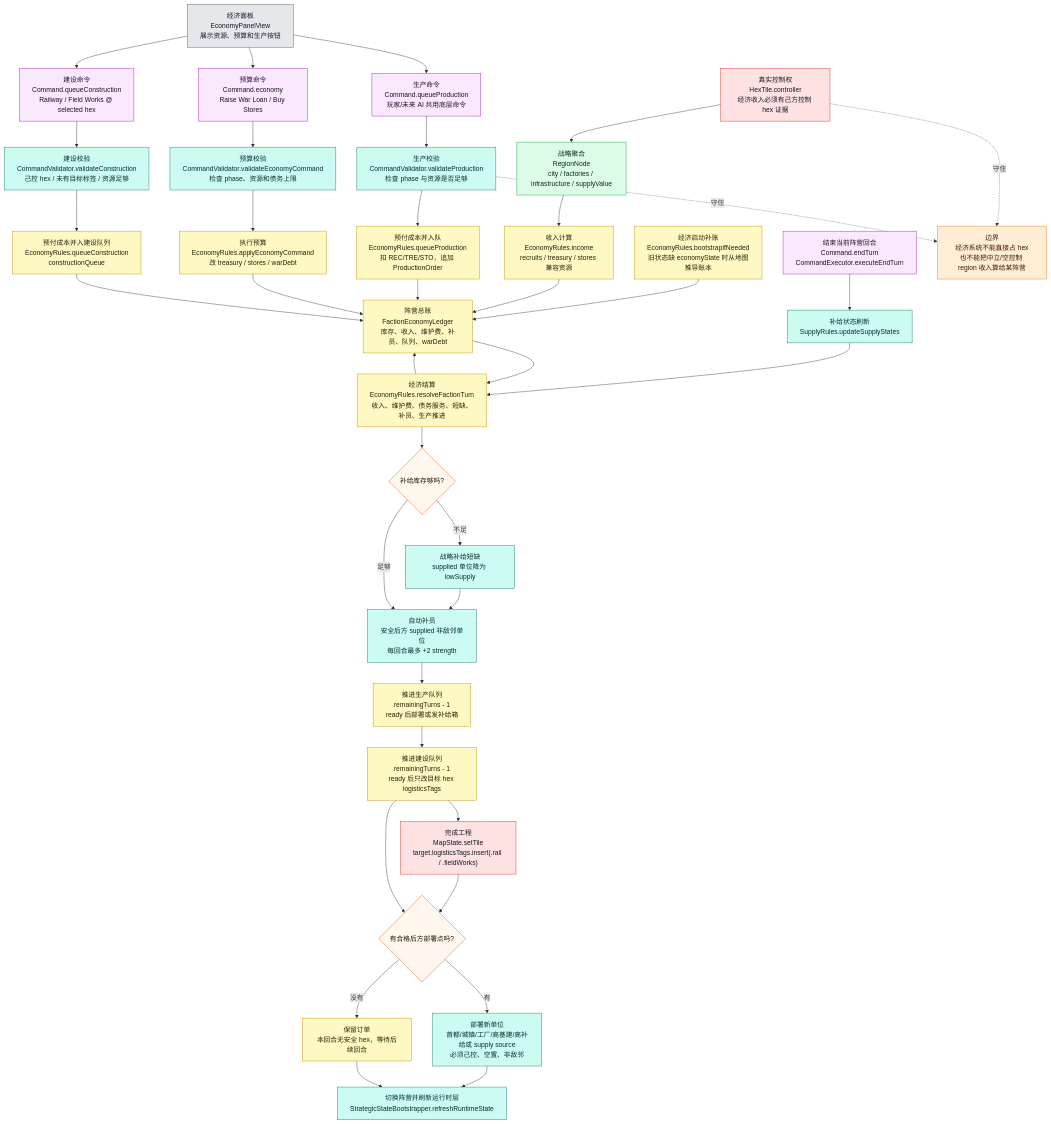
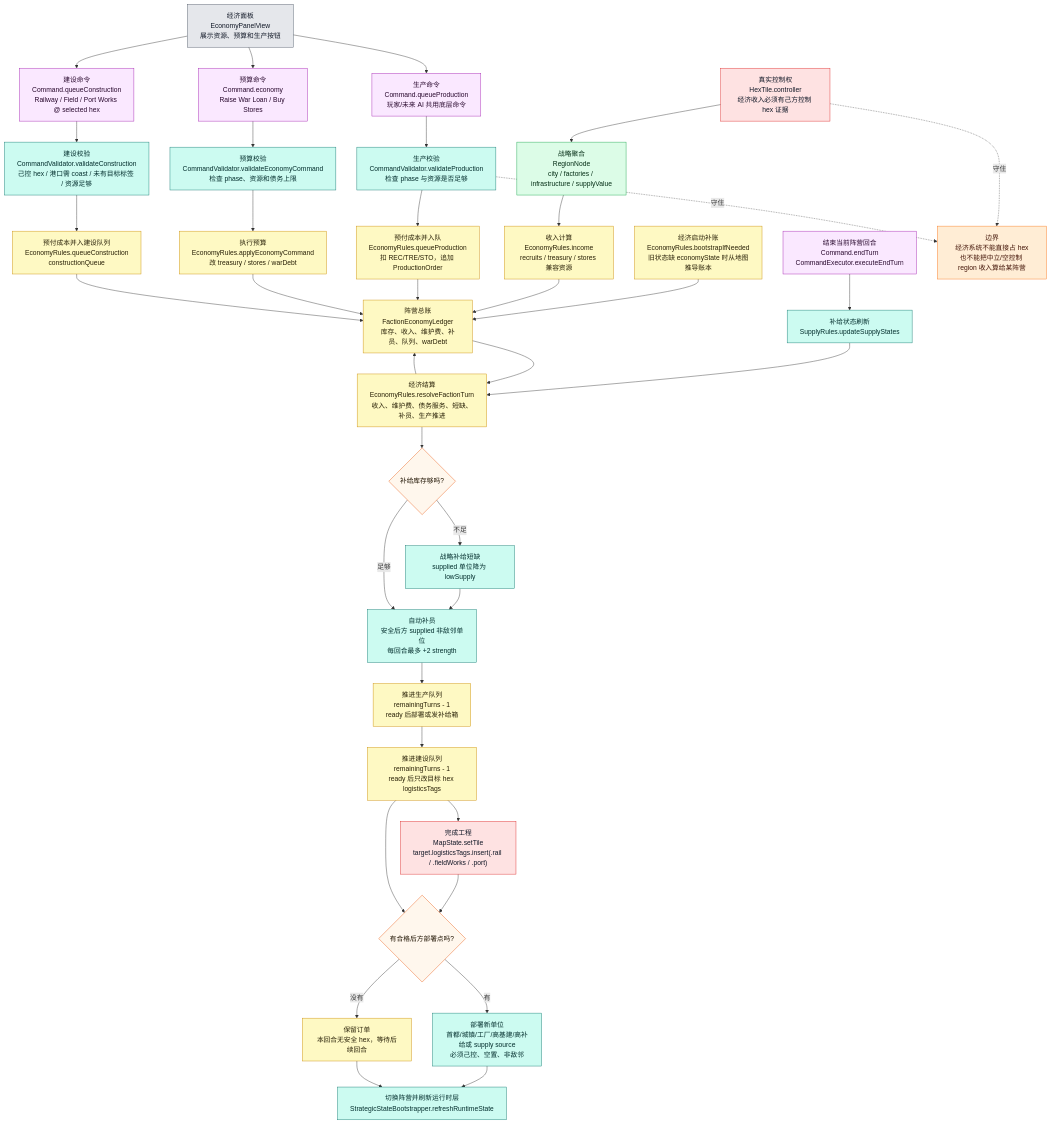
One commit to Altman-sam114/126 changed the fourth of 9 diagrams in md/flow/flowchart.md. Above: the diagram before and after it, drawn with Mermaid. The commit also changed 9 other files, not shown here.

Commit message:
feat(economy): add port works construction

````diff
--- a/md/flow/flowchart.md
+++ b/md/flow/flowchart.md
@@ -206,63 +206,63 @@
 ```mermaid
 flowchart TD
     BOOT["经济启动补账<br/>EconomyRules.bootstrapIfNeeded<br/>旧状态缺 economyState 时从地图推导账本"]:::economy
     HEX["真实控制权<br/>HexTile.controller<br/>经济收入必须有己方控制 hex 证据"]:::authority
     REGION["战略聚合<br/>RegionNode<br/>city / factories / infrastructure / supplyValue"]:::derived
     INCOME["收入计算<br/>EconomyRules.income<br/>recruits / treasury / stores 兼容资源"]:::economy
     LEDGER["阵营总账<br/>FactionEconomyLedger<br/>库存、收入、维护费、补员、队列、warDebt"]:::economy
 
     UI["经济面板<br/>EconomyPanelView<br/>展示资源、预算和生产按钮"]:::ui
     QUEUE["生产命令<br/>Command.queueProduction<br/>玩家/未来 AI 共用底层命令"]:::command
     VALIDATE["生产校验<br/>CommandValidator.validateProduction<br/>检查 phase 与资源是否足够"]:::rules
     PAY["预付成本并入队<br/>EconomyRules.queueProduction<br/>扣 REC/TRE/STO，追加 ProductionOrder"]:::economy
     BUDGET["预算命令<br/>Command.economy<br/>Raise War Loan / Buy Stores"]:::command
     BVALID["预算校验<br/>CommandValidator.validateEconomyCommand<br/>检查 phase、资源和债务上限"]:::rules
     APPLYB["执行预算<br/>EconomyRules.applyEconomyCommand<br/>改 treasury / stores / warDebt"]:::economy
-    BUILD["建设命令<br/>Command.queueConstruction<br/>Railway / Field Works @ selected hex"]:::command
-    BLDVALID["建设校验<br/>CommandValidator.validateConstruction<br/>己控 hex / 未有目标标签 / 资源足够"]:::rules
+    BUILD["建设命令<br/>Command.queueConstruction<br/>Railway / Field / Port Works @ selected hex"]:::command
+    BLDVALID["建设校验<br/>CommandValidator.validateConstruction<br/>己控 hex / 港口需 coast / 未有目标标签 / 资源足够"]:::rules
     BLDQUEUE["预付成本并入建设队列<br/>EconomyRules.queueConstruction<br/>constructionQueue"]:::economy
 
     END["结束当前阵营回合<br/>Command.endTurn<br/>CommandExecutor.executeEndTurn"]:::command
     SUPPLY["补给状态刷新<br/>SupplyRules.updateSupplyStates"]:::rules
     RESOLVE["经济结算<br/>EconomyRules.resolveFactionTurn<br/>收入、维护费、债务服务、短缺、补员、生产推进"]:::economy
     SHORT{"补给库存够吗?"}:::decision
     LOW["战略补给短缺<br/>supplied 单位降为 lowSupply"]:::rules
     REINF["自动补员<br/>安全后方 supplied 非敌邻单位<br/>每回合最多 +2 strength"]:::rules
     PROD["推进生产队列<br/>remainingTurns - 1<br/>ready 后部署或发补给箱"]:::economy
     CONST["推进建设队列<br/>remainingTurns - 1<br/>ready 后只改目标 hex logisticsTags"]:::economy
     DEPLOY{"有合格后方部署点吗?"}:::decision
     SPAWN["部署新单位<br/>首都/城镇/工厂/高基建/高补给或 supply source<br/>必须己控、空置、非敌邻"]:::rules
     WAIT["保留订单<br/>本回合无安全 hex，等待后续回合"]:::economy
-    RAIL["完成工程<br/>MapState.setTile<br/>target.logisticsTags.insert(.rail / .fieldWorks)"]:::authority
+    RAIL["完成工程<br/>MapState.setTile<br/>target.logisticsTags.insert(.rail / .fieldWorks / .port)"]:::authority
     NEXT["切换阵营并刷新运行时层<br/>StrategicStateBootstrapper.refreshRuntimeState"]:::rules
 
     BOOT --> LEDGER
     HEX --> REGION --> INCOME --> LEDGER
     UI --> QUEUE --> VALIDATE --> PAY --> LEDGER
     UI --> BUDGET --> BVALID --> APPLYB --> LEDGER
     UI --> BUILD --> BLDVALID --> BLDQUEUE --> LEDGER
     END --> SUPPLY --> RESOLVE
     LEDGER --> RESOLVE
     RESOLVE --> SHORT
     SHORT -->|不足| LOW --> REINF
     SHORT -->|足够| REINF
     REINF --> PROD --> CONST
     CONST --> RAIL --> DEPLOY
     CONST --> DEPLOY
     DEPLOY -->|有| SPAWN --> NEXT
     DEPLOY -->|没有| WAIT --> NEXT
     RESOLVE --> LEDGER
 
     WARN["边界<br/>经济系统不能直接占 hex<br/>也不能把中立/空控制 region 收入算给某阵营"]:::warn
     HEX -.守住.-> WARN
     VALIDATE -.守住.-> WARN
 
     classDef authority fill:#fee2e2,stroke:#dc2626,color:#111827
     classDef derived fill:#dcfce7,stroke:#16a34a,color:#052e16
     classDef economy fill:#fef9c3,stroke:#ca8a04,color:#292107
     classDef command fill:#fae8ff,stroke:#a21caf,color:#2a0a2f
     classDef rules fill:#ccfbf1,stroke:#0f766e,color:#042f2e
     classDef decision fill:#fff7ed,stroke:#ea580c,color:#1f1300
     classDef ui fill:#e5e7eb,stroke:#4b5563,color:#111827
     classDef warn fill:#ffedd5,stroke:#f97316,color:#431407
 ```
````
